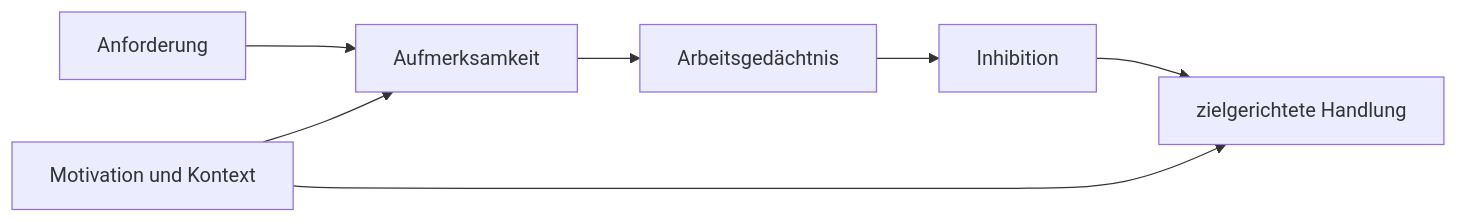
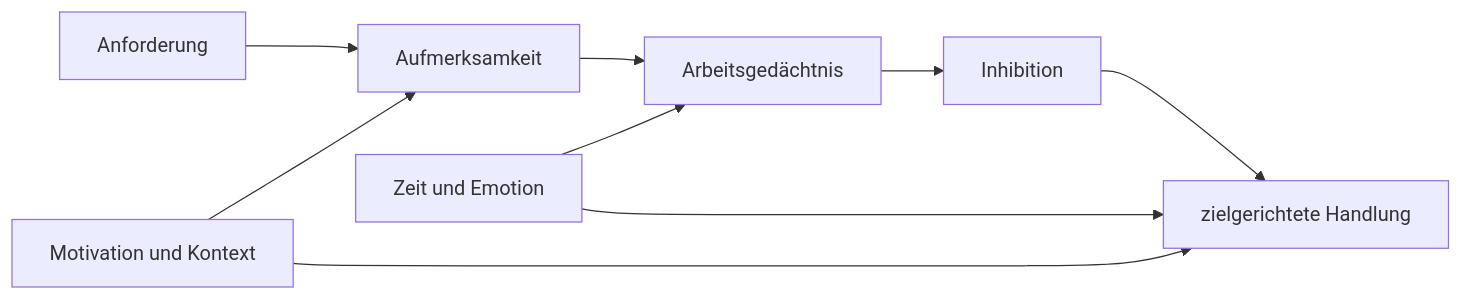
Before and after one commit to H234598/ADHS-Lernpfad: the diagram in 01-Grundlagen/01-Was-ist-ADHS.md, drawn with Mermaid. The commit also changed other lines of this file and 12 other files, not shown here.

````diff
--- a/01-Grundlagen/01-Was-ist-ADHS.md
+++ b/01-Grundlagen/01-Was-ist-ADHS.md
@@ -31,9 +67,11 @@
 ```mermaid
 flowchart LR
   A[Anforderung] --> B[Aufmerksamkeit]
   B --> C[Arbeitsgedächtnis]
   C --> D[Inhibition]
   D --> E[zielgerichtete Handlung]
   M[Motivation und Kontext] --> B
   M --> E
+  T[Zeit und Emotion] --> C
+  T --> E
 ```
````
